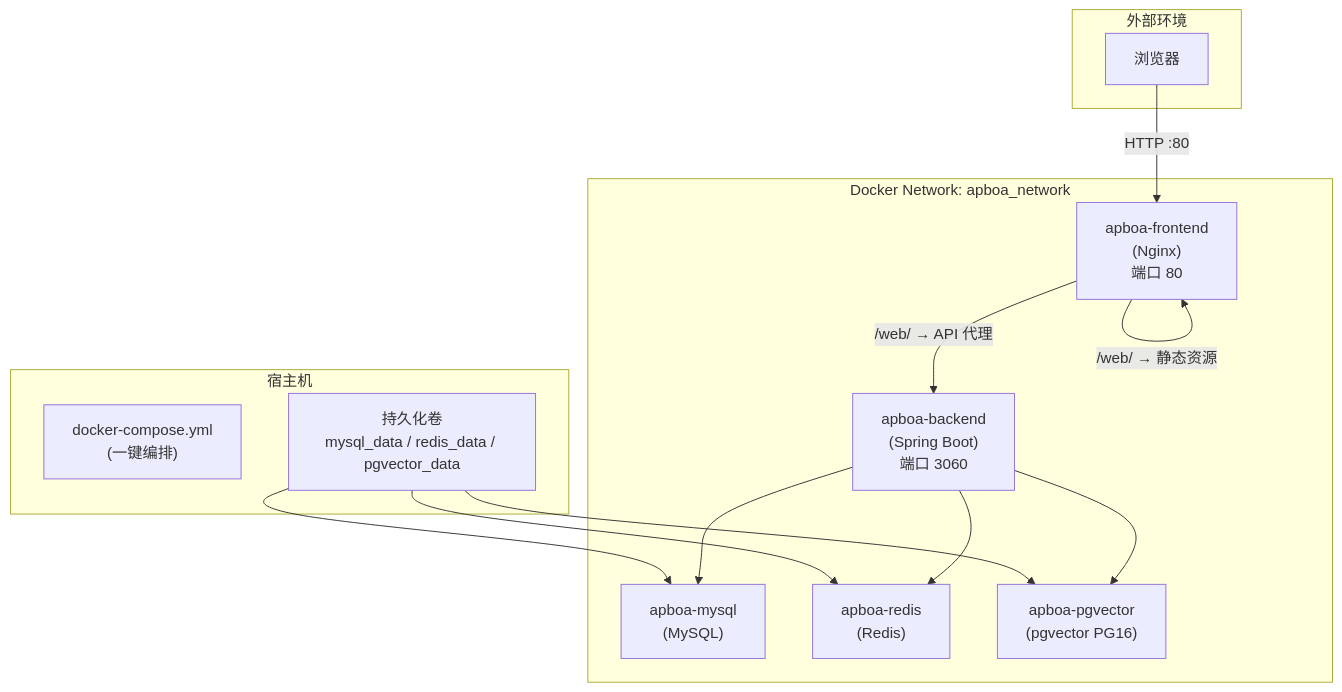
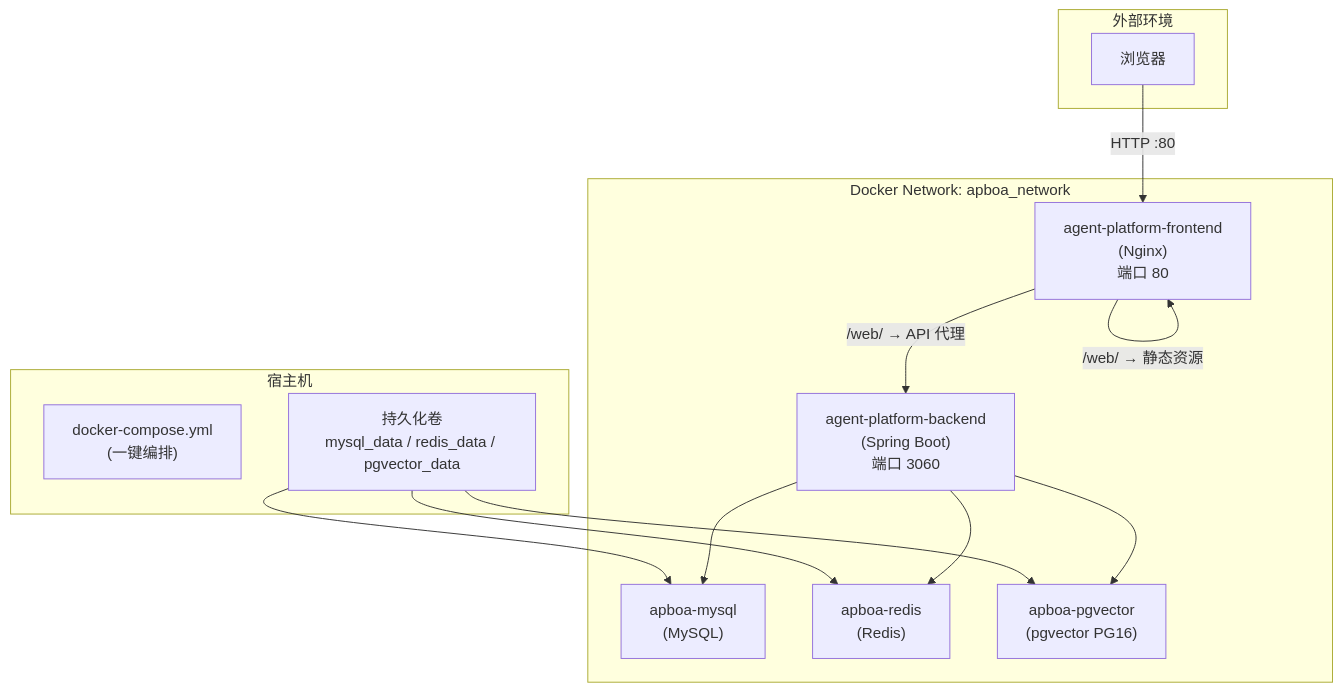
One commit to frankrich92/agent-platform changed the third of 5 diagrams in source/agent-platform-ui/src/doc/content/build-doc/index.md. Above: the diagram before and after it, drawn with Mermaid. The commit also changed other lines of this file and 11 other files, not shown here.

````diff
--- a/source/agent-platform-ui/src/doc/content/build-doc/index.md
+++ b/source/agent-platform-ui/src/doc/content/build-doc/index.md
@@ -298,29 +298,29 @@
 ```mermaid
 graph TD
     subgraph External["外部环境"]
         Browser["浏览器"]
     end
 
     subgraph DockerNetwork["Docker Network: apboa_network"]
-        Nginx["apboa-frontend\n(Nginx)\n端口 80"]
-        Backend["apboa-backend\n(Spring Boot)\n端口 3060"]
+        Nginx["agent-platform-frontend\n(Nginx)\n端口 80"]
+        Backend["agent-platform-backend\n(Spring Boot)\n端口 3060"]
         MySQL["apboa-mysql\n(MySQL)"]
         Redis["apboa-redis\n(Redis)"]
         Pgvector["apboa-pgvector\n(pgvector PG16)"]
     end
 
     subgraph Host["宿主机"]
         Compose["docker-compose.yml\n(一键编排)"]
         Volumes["持久化卷\nmysql_data / redis_data / pgvector_data"]
     end
 
     Browser -->|"HTTP :80"| Nginx
     Nginx -->|"/web/ → 静态资源"| Nginx
     Nginx -->|"/web/ → API 代理"| Backend
     Backend --> MySQL
     Backend --> Redis
     Backend --> Pgvector
     Volumes --> MySQL
     Volumes --> Redis
     Volumes --> Pgvector
 ```
````
